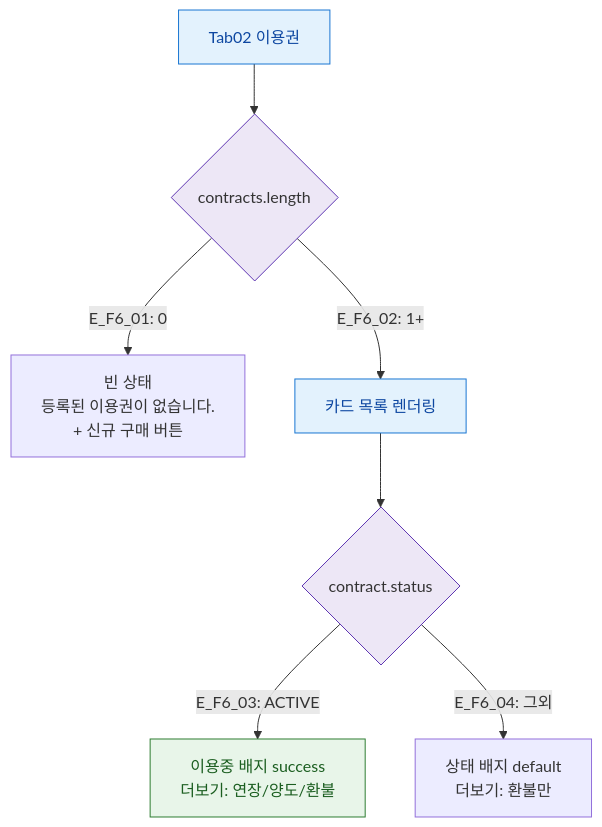
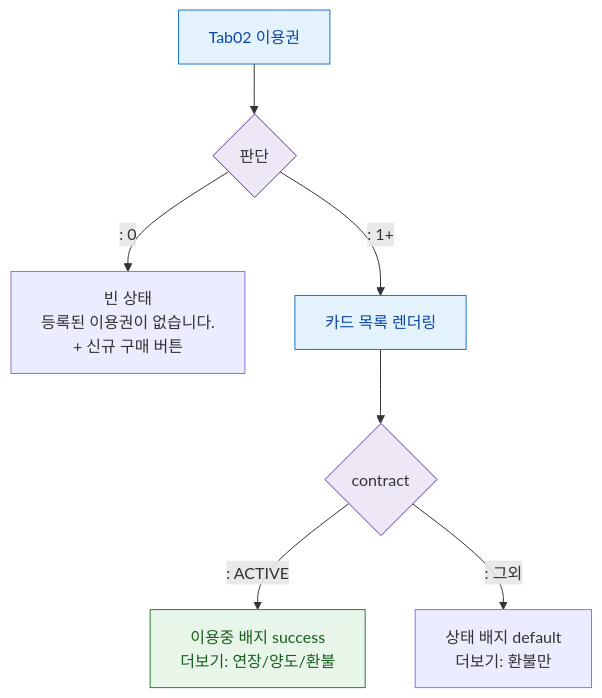
Before and after one commit to dev-spogym/admin-pando: the diagram in docs/다이어그램/D02_회원관리/SCR-M004_회원상세/Tab02_이용권/F6_상태별.md, drawn with Mermaid. The commit also changed other lines of this file and 1660 other files, not shown here.

First line of the commit message:
다이어그램: 기획자/클라이언트 납품본으로 정리

````diff
--- a/docs/다이어그램/D02_회원관리/SCR-M004_회원상세/Tab02_이용권/F6_상태별.md
+++ b/docs/다이어그램/D02_회원관리/SCR-M004_회원상세/Tab02_이용권/F6_상태별.md
@@ -22,17 +20,17 @@
 ```mermaid
 flowchart TD
-  TAB[Tab02 이용권] --> CNT{contracts.length}
-  CNT -->|"E_F6_01: 0"| EMPTY[빈 상태\n등록된 이용권이 없습니다.\n+ 신규 구매 버튼]
-  CNT -->|"E_F6_02: 1+"| LIST[카드 목록 렌더링]
+  TAB[Tab02 이용권] --> CNT{판단}
+  CNT -->|": 0"|EMPTY[빈 상태\n등록된 이용권이 없습니다.\n+ 신규 구매 버튼]
+  CNT -->|": 1+"|LIST[카드 목록 렌더링]
 
-  LIST --> CARD_STATE{contract.status}
-  CARD_STATE -->|"E_F6_03: ACTIVE"| ACTIVE_CARD[이용중 배지 success\n더보기: 연장/양도/환불]
-  CARD_STATE -->|"E_F6_04: 그외"| OTHER_CARD[상태 배지 default\n더보기: 환불만]
+  LIST --> CARD_STATE{contract}
+  CARD_STATE -->|": ACTIVE"|ACTIVE_CARD[이용중 배지 success\n더보기: 연장/양도/환불]
+  CARD_STATE -->|": 그외"|OTHER_CARD[상태 배지 default\n더보기: 환불만]
 
   classDef screen fill:#E3F2FD,stroke:#1976D2,color:#0D47A1
   classDef system fill:#EDE7F6,stroke:#5E35B2
   classDef success fill:#E8F5E9,stroke:#2E7D32,color:#1B5E20
   class TAB,LIST screen
   class CNT,CARD_STATE system
   class ACTIVE_CARD success
 ```
````
